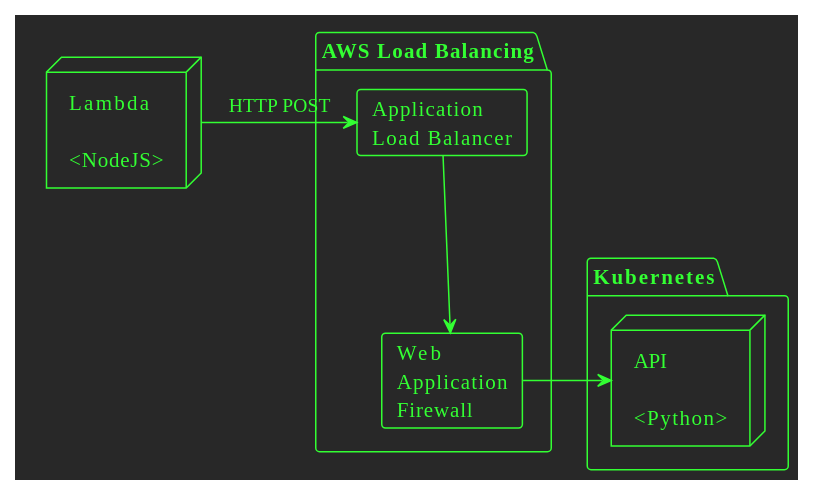
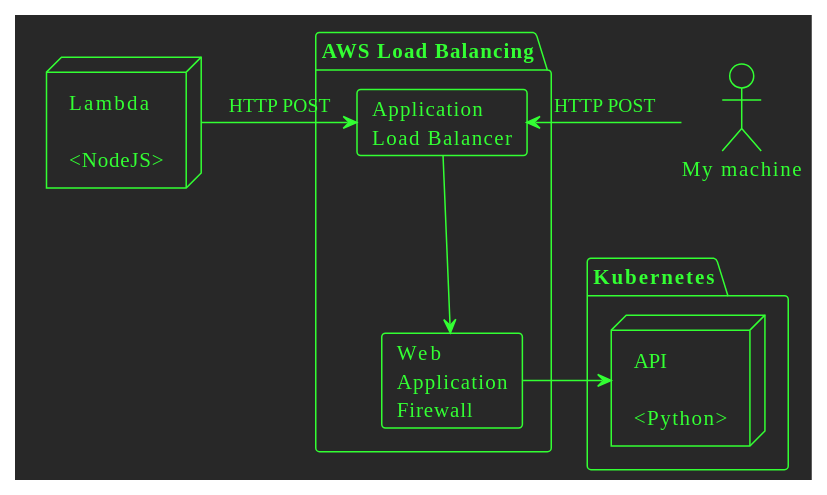
One commit to andykuszyk/andykuszyk.github.io changed the second of 2 diagrams in 2024-10-11-debugging-phantom-400-responses.org. Above: the diagram before and after it, drawn with PlantUML. The commit also changed 1 other file, not shown here.

Commit message:
Updated image

```diff
--- a/2024-10-11-debugging-phantom-400-responses.org
+++ b/2024-10-11-debugging-phantom-400-responses.org
@@ -104,24 +104,27 @@
 #+begin_src plantuml :file 400-reponses-network-route.png
 !theme crt-green
 node lambda [Lambda
 
 <NodeJS>]
+
+actor "My machine" as me
 
 package "AWS Load Balancing" as lb {
   card alb [Application
   Load Balancer]
   card waf [Web
   Application
   Firewall]
   alb --> waf
 }
 
 package "Kubernetes" as k8s {
 node api [API
 
 <Python>]
 }
 
 lambda -> alb : HTTP POST
+me -> alb : HTTP POST
 waf -> api
 #+end_src
```
